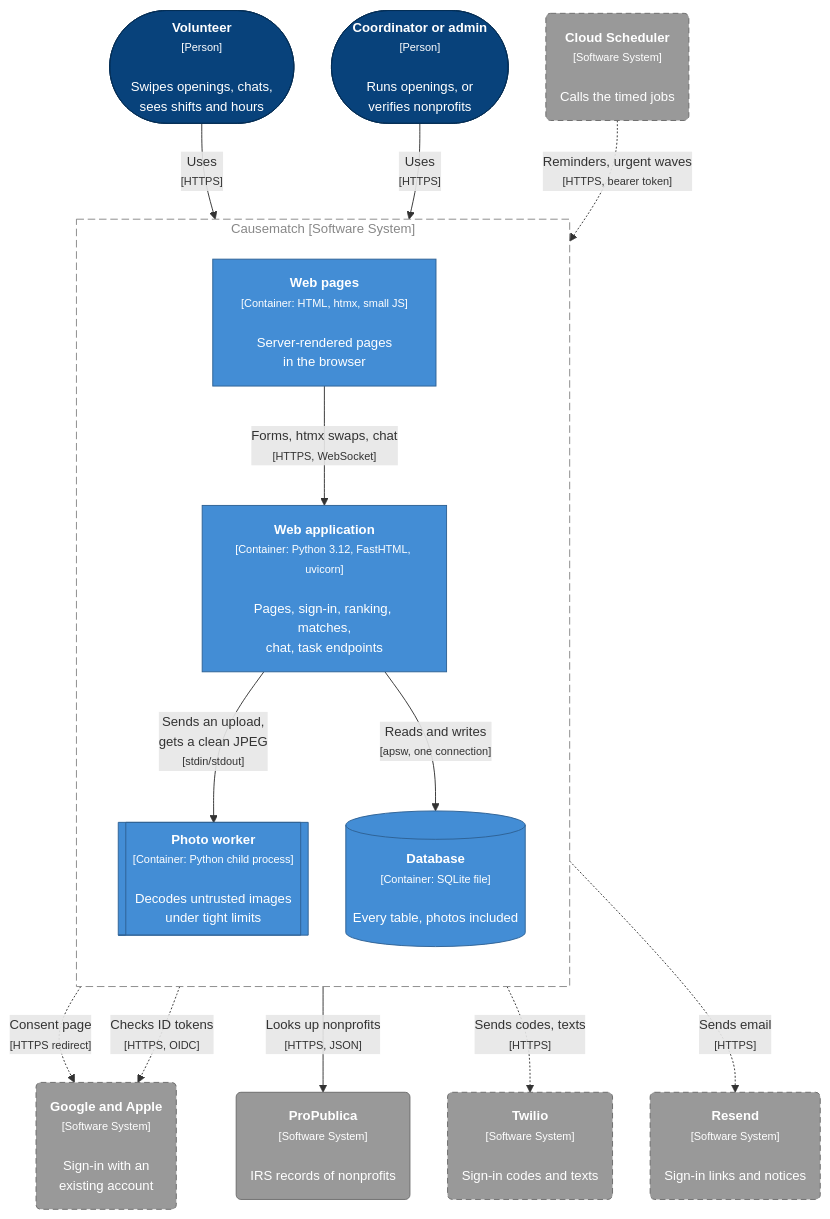
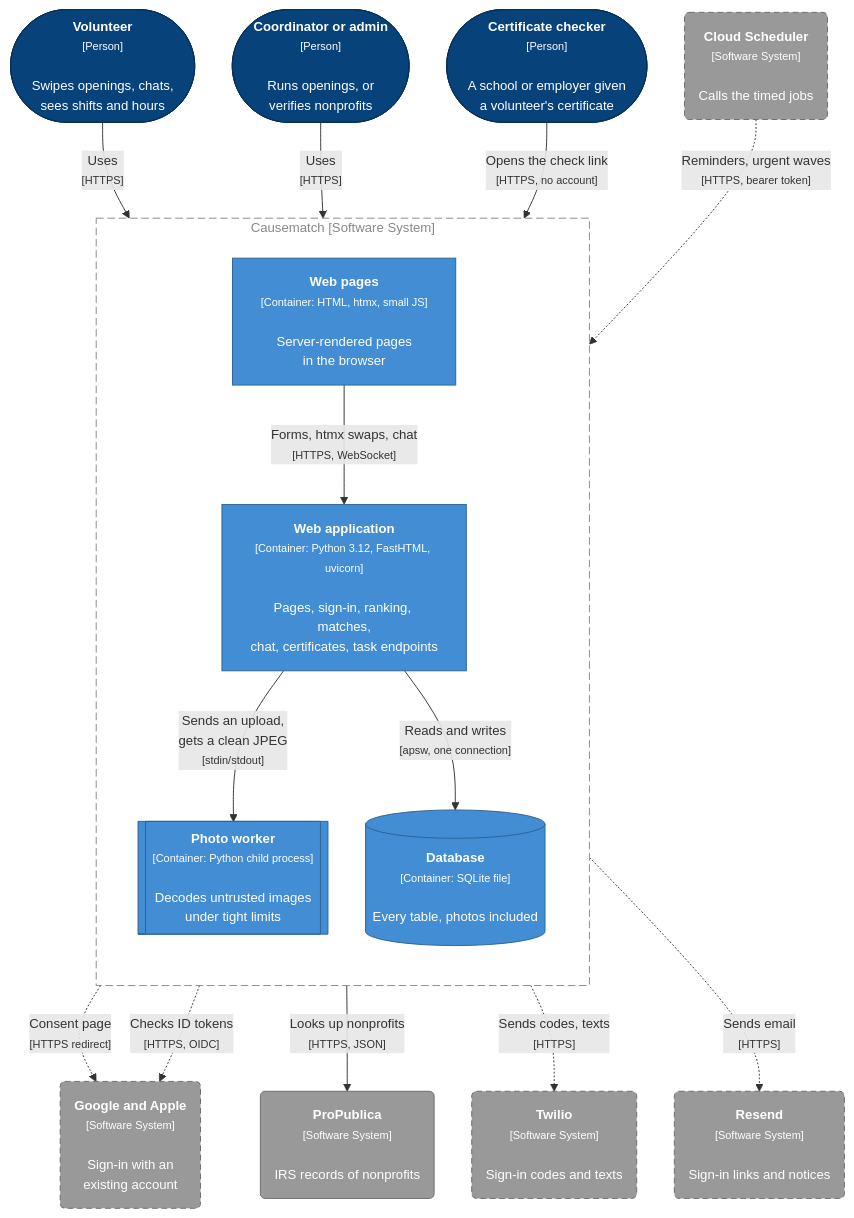
The third of 26 diagrams in docs/ARCHITECTURE.md (slegroux/causematch), drawn with Mermaid before and after one commit. The commit also changed other lines of this file, not shown here.

First line of the commit message:
Architecture doc: hours certificates, signing and the check link (#19)

````diff
--- a/docs/ARCHITECTURE.md
+++ b/docs/ARCHITECTURE.md
@@ -146,42 +155,44 @@
 ```mermaid
 %%{init: {"flowchart": {"curve": "basis", "nodeSpacing": 40, "rankSpacing": 60}, "themeVariables": {"fontFamily": "Helvetica, Arial, sans-serif", "fontSize": "14px"}}}%%
 flowchart TB
     vol(["<b>Volunteer</b><br/><small>[Person]</small><br/><br/>Swipes openings, chats,<br/>sees shifts and hours"])
     staff(["<b>Coordinator or admin</b><br/><small>[Person]</small><br/><br/>Runs openings, or<br/>verifies nonprofits"])
+    checker(["<b>Certificate checker</b><br/><small>[Person]</small><br/><br/>A school or employer given<br/>a volunteer's certificate"])
 
     subgraph cm["Causematch [Software System]"]
         direction TB
         ui["<b>Web pages</b><br/><small>[Container: HTML, htmx, small JS]</small><br/><br/>Server-rendered pages<br/>in the browser"]
-        app["<b>Web application</b><br/><small>[Container: Python 3.12, FastHTML, uvicorn]</small><br/><br/>Pages, sign-in, ranking, matches,<br/>chat, task endpoints"]
+        app["<b>Web application</b><br/><small>[Container: Python 3.12, FastHTML, uvicorn]</small><br/><br/>Pages, sign-in, ranking, matches,<br/>chat, certificates, task endpoints"]
         worker[["<b>Photo worker</b><br/><small>[Container: Python child process]</small><br/><br/>Decodes untrusted images<br/>under tight limits"]]
         db[("<b>Database</b><br/><small>[Container: SQLite file]</small><br/><br/>Every table, photos included")]
     end
 
     pp("<b>ProPublica</b><br/><small>[Software System]</small><br/><br/>IRS records of nonprofits")
     idp("<b>Google and Apple</b><br/><small>[Software System]</small><br/><br/>Sign-in with an<br/>existing account")
     twilio("<b>Twilio</b><br/><small>[Software System]</small><br/><br/>Sign-in codes and texts")
     resend("<b>Resend</b><br/><small>[Software System]</small><br/><br/>Sign-in links and notices")
     sched("<b>Cloud Scheduler</b><br/><small>[Software System]</small><br/><br/>Calls the timed jobs")
 
     vol -- "Uses<br/><small>[HTTPS]</small>" --> ui
     staff -- "Uses<br/><small>[HTTPS]</small>" --> ui
+    checker -- "Opens the check link<br/><small>[HTTPS, no account]</small>" --> ui
     ui -- "Forms, htmx swaps, chat<br/><small>[HTTPS, WebSocket]</small>" --> app
     ui -. "Consent page<br/><small>[HTTPS redirect]</small>" .-> idp
     app -- "Sends an upload,<br/>gets a clean JPEG<br/><small>[stdin/stdout]</small>" --> worker
     app -- "Reads and writes<br/><small>[apsw, one connection]</small>" --> db
     app -- "Looks up nonprofits<br/><small>[HTTPS, JSON]</small>" --> pp
     app -. "Checks ID tokens<br/><small>[HTTPS, OIDC]</small>" .-> idp
     app -. "Sends codes, texts<br/><small>[HTTPS]</small>" .-> twilio
     app -. "Sends email<br/><small>[HTTPS]</small>" .-> resend
     sched -. "Reminders, urgent waves<br/><small>[HTTPS, bearer token]</small>" .-> app
 
     classDef person fill:#08427b,stroke:#052e56,color:#ffffff
     classDef container fill:#438dd5,stroke:#2e6295,color:#ffffff
     classDef external fill:#999999,stroke:#6b6b6b,color:#ffffff
     classDef planned fill:#999999,stroke:#6b6b6b,color:#ffffff,stroke-dasharray:6 4
-    class vol,staff person
+    class vol,staff,checker person
     class ui,app,worker,db container
     class pp external
     class idp,twilio,resend,sched planned
     style cm fill:none,stroke:#888888,stroke-dasharray:8 4,color:#888888
 ```
````
